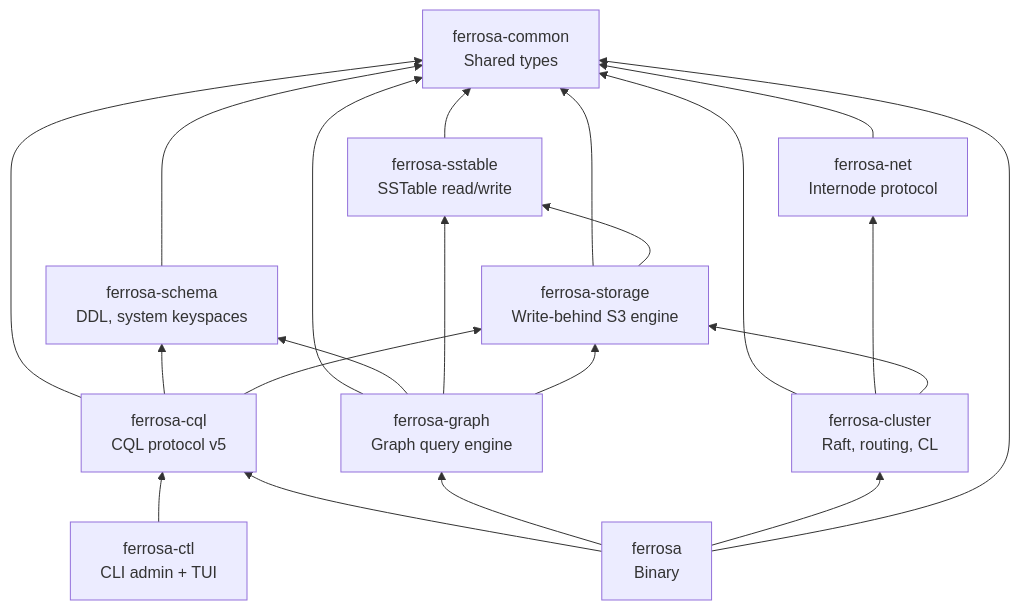
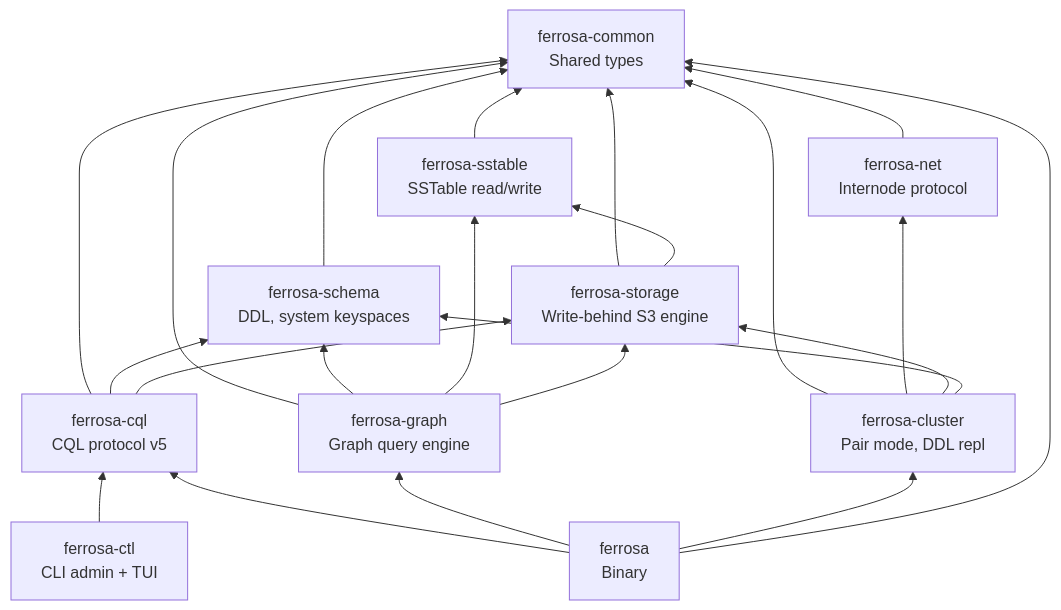
One commit to ferrosadb/ferrosa changed the first of 2 diagrams in specs/components.md. Above: the diagram before and after it, drawn with Mermaid. The commit also changed other lines of this file and 3 other files, not shown here.

````diff
--- a/specs/components.md
+++ b/specs/components.md
@@ -12,34 +12,35 @@
 ```mermaid
 graph BT
     Common[ferrosa-common<br/>Shared types]
     SST[ferrosa-sstable<br/>SSTable read/write]
     Net[ferrosa-net<br/>Internode protocol]
     Storage[ferrosa-storage<br/>Write-behind S3 engine]
     Schema[ferrosa-schema<br/>DDL, system keyspaces]
     CQL[ferrosa-cql<br/>CQL protocol v5]
     Graph[ferrosa-graph<br/>Graph query engine]
-    Cluster[ferrosa-cluster<br/>Raft, routing, CL]
+    Cluster[ferrosa-cluster<br/>Pair mode, DDL repl]
     Ctl[ferrosa-ctl<br/>CLI admin + TUI]
     Bin[ferrosa<br/>Binary]
 
     SST --> Common
     Net --> Common
     Storage --> Common
     Storage --> SST
     Schema --> Common
     CQL --> Common
     CQL --> Schema
     CQL --> Storage
     Graph --> Common
     Graph --> Schema
     Graph --> SST
     Graph --> Storage
     Cluster --> Common
     Cluster --> Net
     Cluster --> Storage
+    Cluster --> Schema
     Ctl --> CQL
     Bin --> CQL
     Bin --> Graph
     Bin --> Cluster
     Bin --> Common
 ```
````
